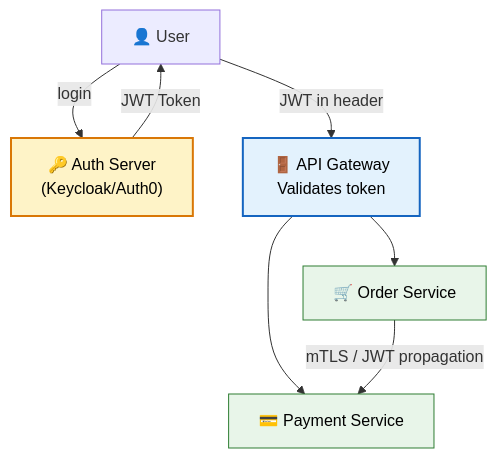
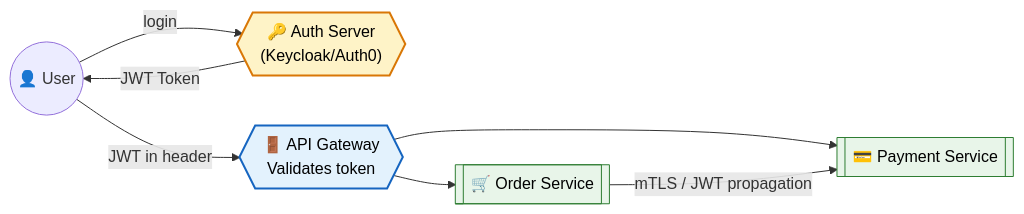
The first of 3 diagrams in docs/microservices/security-microservices.md (saivamsikaruturi/vamsilabs-dev-notes-main), drawn with Mermaid before and after one commit. The commit also changed 146 other files, not shown here.

Commit message:
Horizontal diagrams, UML class diagrams, typography overhaul, and permalink cleanup

````diff
--- a/docs/microservices/security-microservices.md
+++ b/docs/microservices/security-microservices.md
@@ -10,14 +10,14 @@
 ```mermaid
-flowchart TD
-    U["👤 User"] -->|login| Auth["🔑 Auth Server<br/>(Keycloak/Auth0)"]
+flowchart LR
+    U(("👤 User")) -->|login| Auth{{"🔑 Auth Server<br/>(Keycloak/Auth0)"}}
     Auth -->|JWT Token| U
-    U -->|JWT in header| GW["🚪 API Gateway<br/>Validates token"]
-    GW --> S1["🛒 Order Service"]
-    GW --> S2["💳 Payment Service"]
+    U -->|JWT in header| GW{{"🚪 API Gateway<br/>Validates token"}}
+    GW --> S1[["🛒 Order Service"]]
+    GW --> S2[["💳 Payment Service"]]
     S1 -->|"mTLS / JWT propagation"| S2
 
     style Auth fill:#FEF3C7,stroke:#D97706,stroke-width:2px,color:#000
     style GW fill:#E3F2FD,stroke:#1565C0,stroke-width:2px,color:#000
     style S1 fill:#E8F5E9,stroke:#2E7D32,color:#000
     style S2 fill:#E8F5E9,stroke:#2E7D32,color:#000
 ```
````
